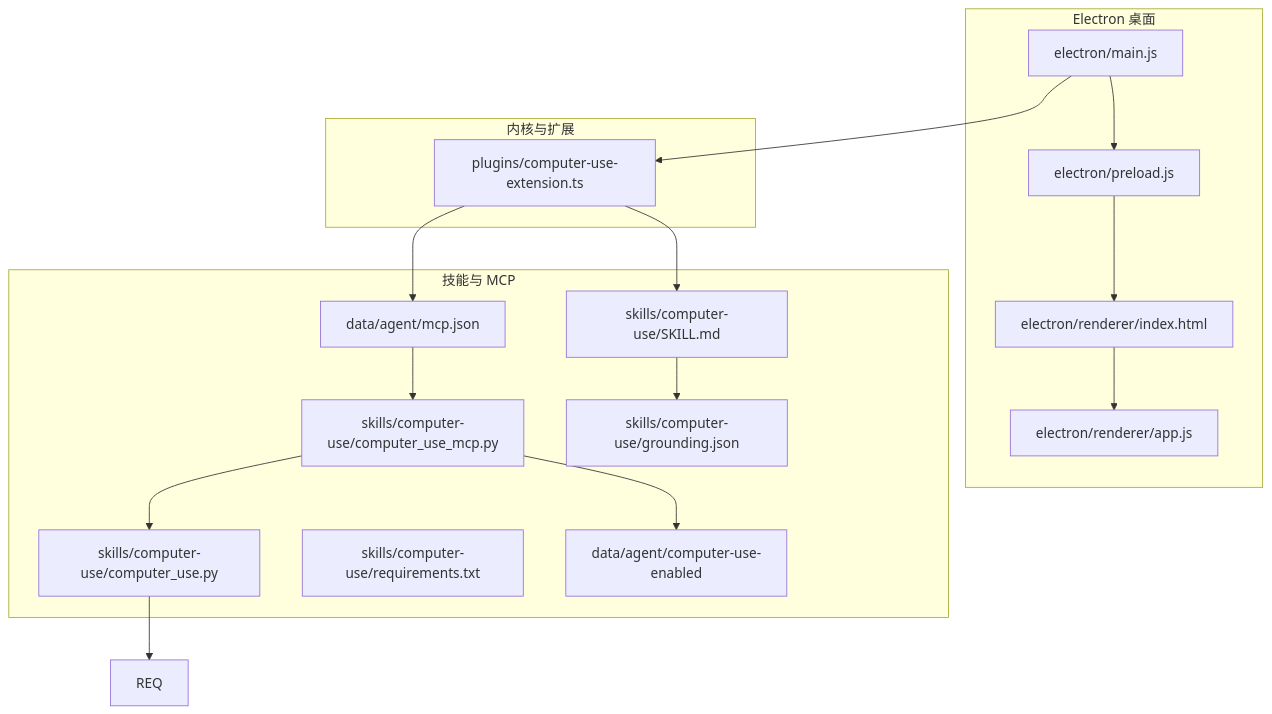
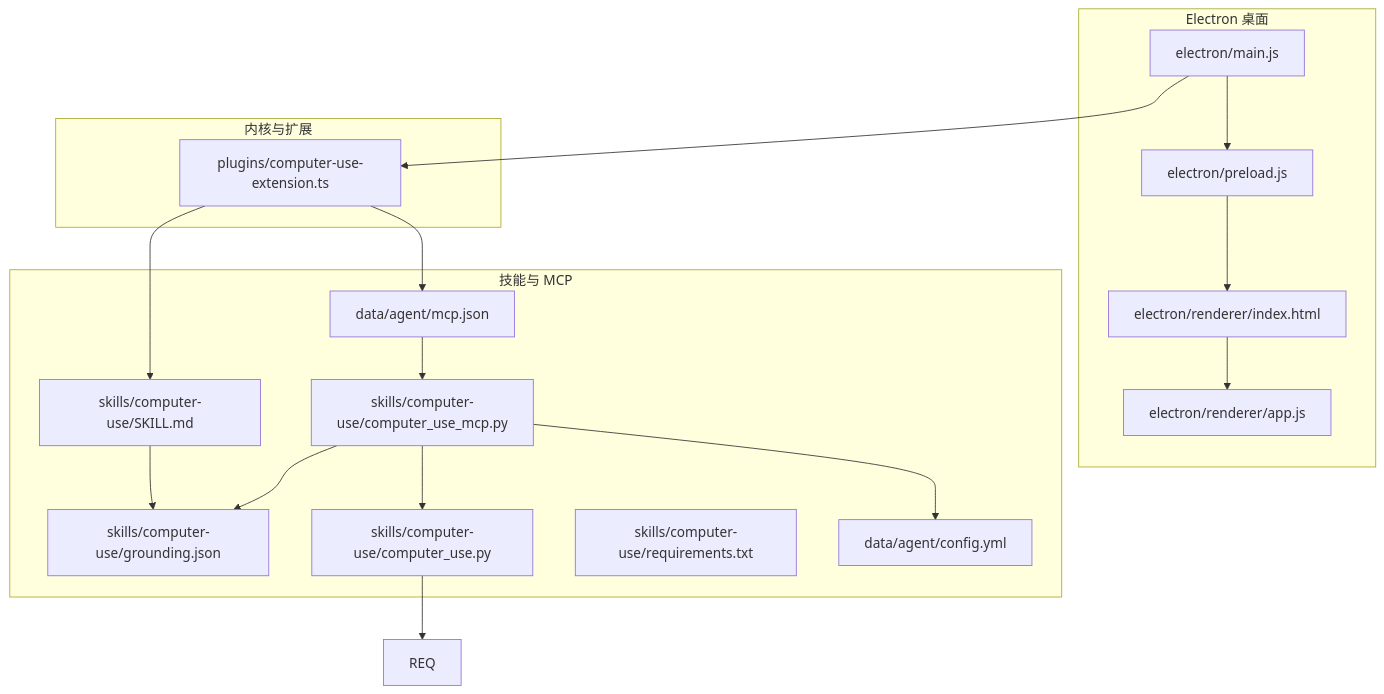
The first of 4 diagrams in .qoder/repowiki/zh/content/技能系统/计算机使用技能/计算机使用技能.md (swond-Mao/Tiffa), drawn with Mermaid before and after one commit. The commit also changed other lines of this file and 17 other files, not shown here.

````diff
--- a/.qoder/repowiki/zh/content/技能系统/计算机使用技能/计算机使用技能.md
+++ b/.qoder/repowiki/zh/content/技能系统/计算机使用技能/计算机使用技能.md
@@ -68,32 +67,33 @@
 ```mermaid
 graph TB
 subgraph "Electron 桌面"
 EM["electron/main.js"]
 PR["electron/preload.js"]
 RI["electron/renderer/index.html"]
 RA["electron/renderer/app.js"]
 end
 subgraph "内核与扩展"
 EXT["plugins/computer-use-extension.ts"]
 end
 subgraph "技能与 MCP"
 SK["skills/computer-use/SKILL.md"]
 MCPJSON["data/agent/mcp.json"]
 MCPSRV["skills/computer-use/computer_use_mcp.py"]
 GROUNDING["skills/computer-use/grounding.json"]
 PYRUN["skills/computer-use/computer_use.py"]
 REQS["skills/computer-use/requirements.txt"]
-MARKER["data/agent/computer-use-enabled"]
+CONFIG["data/agent/config.yml"]
 end
 EM --> EXT
 EM --> PR
 PR --> RI
 RI --> RA
 EXT --> SK
 EXT --> MCPJSON
 SK --> GROUNDING
 MCPJSON --> MCPSRV
 MCPSRV --> PYRUN
-MCPSRV --> MARKER
+MCPSRV --> CONFIG
+MCPSRV --> GROUNDING
 PYRUN --> REQ
 ```
````
